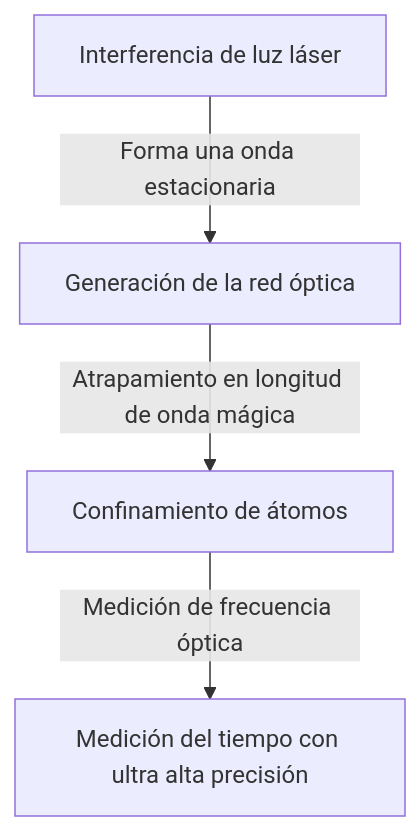
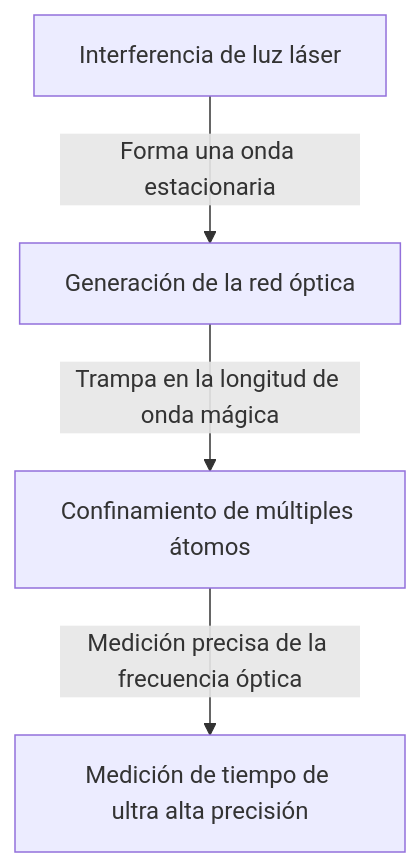
Before and after one commit to kenjinote/blog: the third of 3 diagrams in content/post/history-of-timekeeping-technology/index.es.md, drawn with Mermaid. The commit also changed other lines of this file and 129 other files, not shown here.

````diff
--- a/content/post/history-of-timekeeping-technology/index.es.md
+++ b/content/post/history-of-timekeeping-technology/index.es.md
@@ -67,6 +85,6 @@
 ```mermaid
 graph TD
     A["Interferencia de luz láser"] -- "Forma una onda estacionaria" --> B["Generación de la red óptica"]
-    B -- "Atrapamiento en longitud de onda mágica" --> C["Confinamiento de átomos"]
-    C -- "Medición de frecuencia óptica" --> D["Medición del tiempo con ultra alta precisión"]
+    B -- "Trampa en la longitud de onda mágica" --> C["Confinamiento de múltiples átomos"]
+    C -- "Medición precisa de la frecuencia óptica" --> D["Medición de tiempo de ultra alta precisión"]
 ```
````
